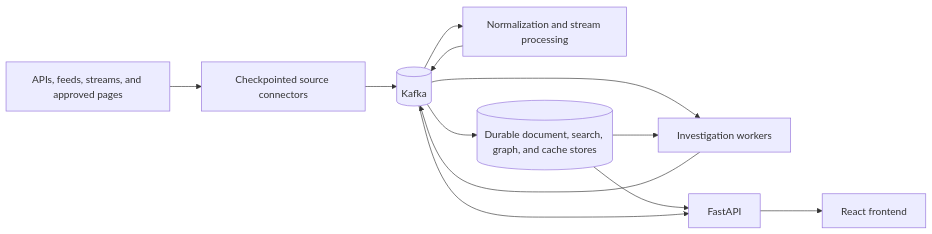
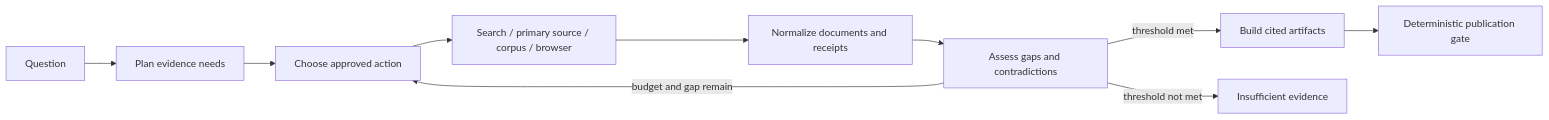
One commit to mnihad000/rhetoriq changed the second of 3 diagrams in docs/ARCHITECTURE.md. Above: the diagram before and after it, drawn with Mermaid. The commit also changed other lines of this file and 29 other files, not shown here.

````diff
--- a/docs/ARCHITECTURE.md
+++ b/docs/ARCHITECTURE.md
@@ -99,14 +110,12 @@
 ```mermaid
 flowchart LR
-    S[APIs, feeds, streams, and approved pages] --> C[Checkpointed source connectors]
-    C --> K[(Kafka)]
-    K --> P[Normalization and stream processing]
-    P --> K
-    K --> D[(Durable document, search, graph, and cache stores)]
-    K --> I[Investigation workers]
-    D --> I
-    I --> K
-    D --> A[FastAPI]
-    K --> A
-    A --> U[React frontend]
+    Q[Question] --> P[Plan evidence needs]
+    P --> A[Choose approved action]
+    A --> S[Search / primary source / corpus / browser]
+    S --> N[Normalize documents and receipts]
+    N --> G[Assess gaps and contradictions]
+    G -->|budget and gap remain| A
+    G -->|threshold met| R[Build cited artifacts]
+    G -->|threshold not met| I[Insufficient evidence]
+    R --> V[Deterministic publication gate]
 ```
````
